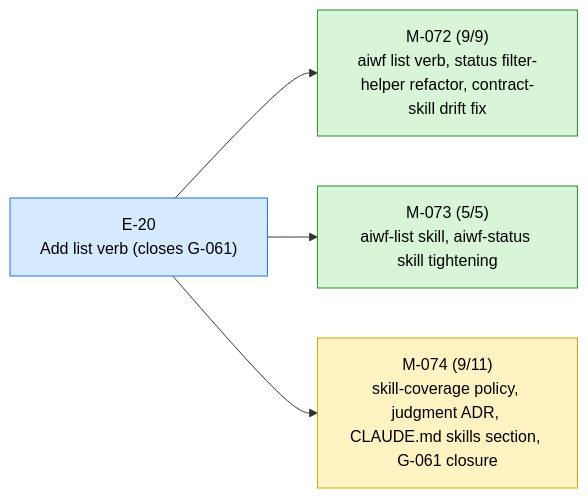
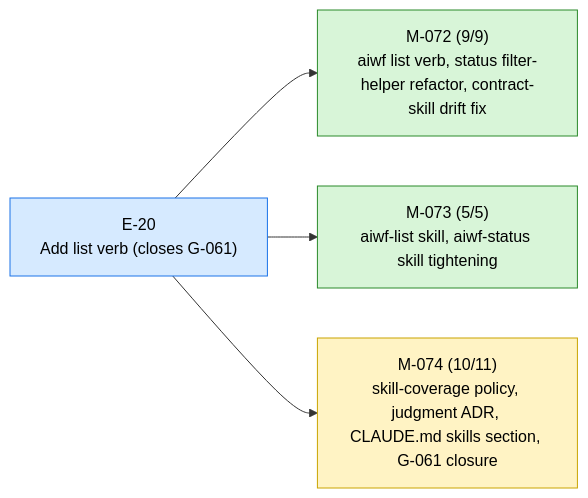
The first of 2 diagrams in STATUS.md (23min/aiwf), drawn with Mermaid before and after one commit. The commit also changed other lines of this file and 1 other file, not shown here.

````diff
--- a/STATUS.md
+++ b/STATUS.md
@@ -13,16 +13,16 @@
 ```mermaid
 flowchart LR
   E_20["E-20<br/>Add list verb (closes G-061)"]:::epic_active
   M_072["M-072 (9/9)<br/>aiwf list verb, status filter-helper refactor, contract-skill drift fix"]:::ms_done
   E_20 --> M_072
   M_073["M-073 (5/5)<br/>aiwf-list skill, aiwf-status skill tightening"]:::ms_done
   E_20 --> M_073
-  M_074["M-074 (9/11)<br/>skill-coverage policy, judgment ADR, CLAUDE.md skills section, G-061 closure"]:::ms_in_progress
+  M_074["M-074 (10/11)<br/>skill-coverage policy, judgment ADR, CLAUDE.md skills section, G-061 closure"]:::ms_in_progress
   E_20 --> M_074
   classDef epic_active fill:#d6eaff,stroke:#1a73e8,color:#000
   classDef epic_proposed fill:#f4f4f4,stroke:#888,color:#000
   classDef ms_done fill:#d8f5d8,stroke:#2a8a2a,color:#000
   classDef ms_in_progress fill:#fff3c4,stroke:#caa400,color:#000
   classDef ms_draft fill:#f4f4f4,stroke:#888,color:#000
   classDef ms_cancelled fill:#fbeaea,stroke:#c33,color:#000
 ```
````
